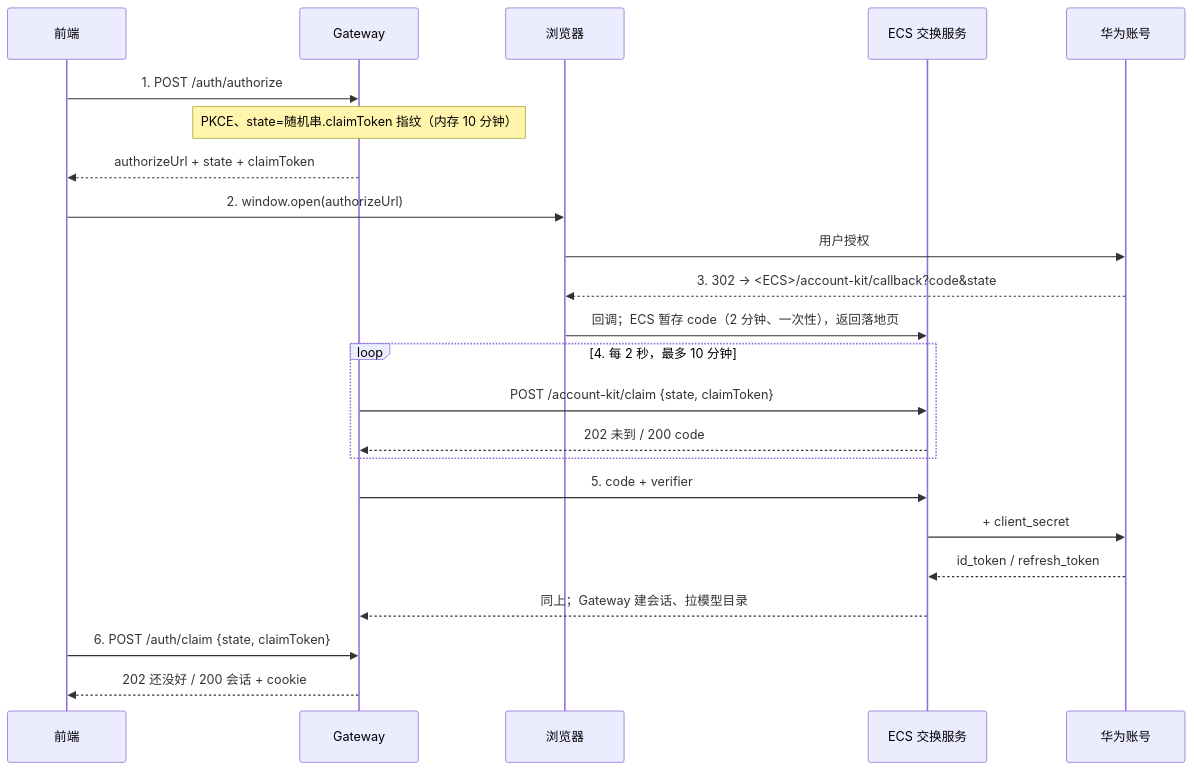
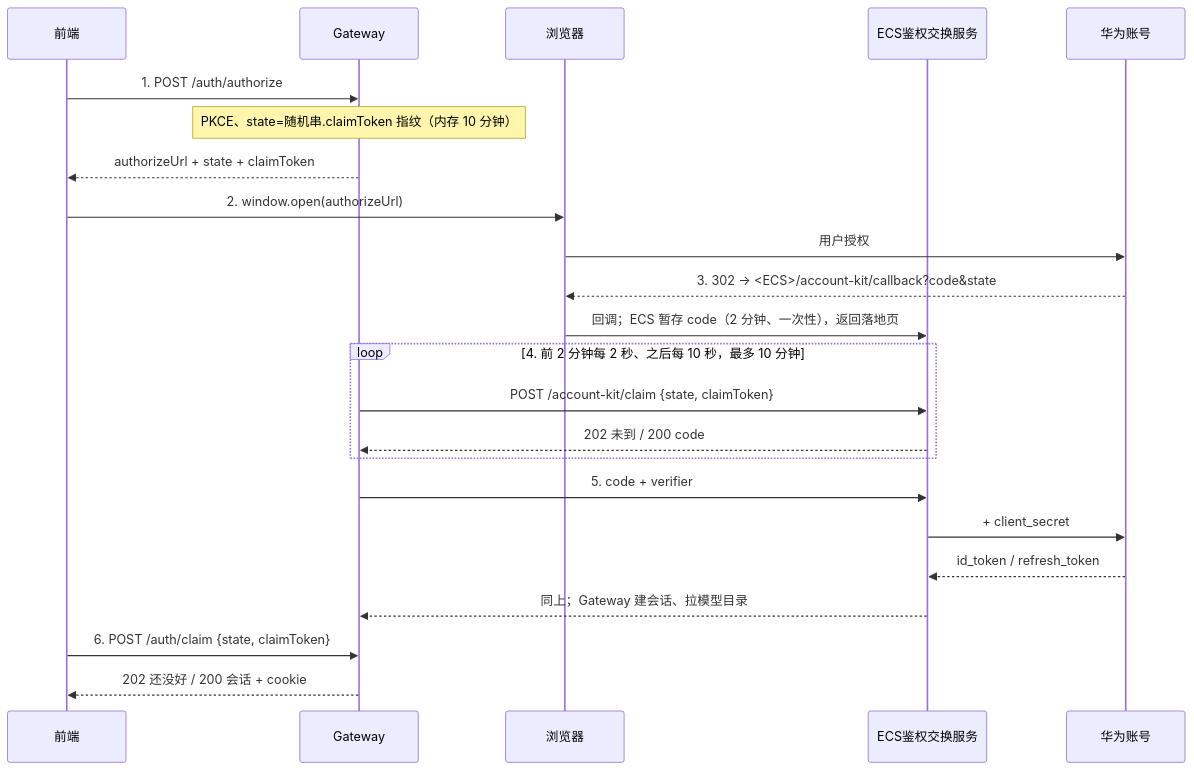
One commit to LasVie/jiuwenswarm changed the diagram in docs/zh/华为账号登录.md. Above: the diagram before and after it, drawn with Mermaid. The commit also changed other lines of this file and 17 other files, not shown here.

````diff
--- a/docs/zh/华为账号登录.md
+++ b/docs/zh/华为账号登录.md
@@ -113,26 +122,26 @@
 ```mermaid
 sequenceDiagram
   participant FE as 前端
   participant GW as Gateway
   participant BR as 浏览器
-  participant EX as ECS 交换服务
+  participant EX as ECS鉴权交换服务
   participant HW as 华为账号
 
   FE->>GW: 1. POST /auth/authorize
   Note over GW: PKCE、state=随机串.claimToken 指纹（内存 10 分钟）
   GW-->>FE: authorizeUrl + state + claimToken
   FE->>BR: 2. window.open(authorizeUrl)
   BR->>HW: 用户授权
   HW-->>BR: 3. 302 → <ECS>/account-kit/callback?code&state
   BR->>EX: 回调；ECS 暂存 code（2 分钟、一次性），返回落地页
-  loop 4. 每 2 秒，最多 10 分钟
+  loop 4. 前 2 分钟每 2 秒、之后每 10 秒，最多 10 分钟
     GW->>EX: POST /account-kit/claim {state, claimToken}
     EX-->>GW: 202 未到 / 200 code
   end
   GW->>EX: 5. code + verifier
   EX->>HW: + client_secret
   HW-->>EX: id_token / refresh_token
   EX-->>GW: 同上；Gateway 建会话、拉模型目录
   FE->>GW: 6. POST /auth/claim {state, claimToken}
   GW-->>FE: 202 还没好 / 200 会话 + cookie
 ```
````
